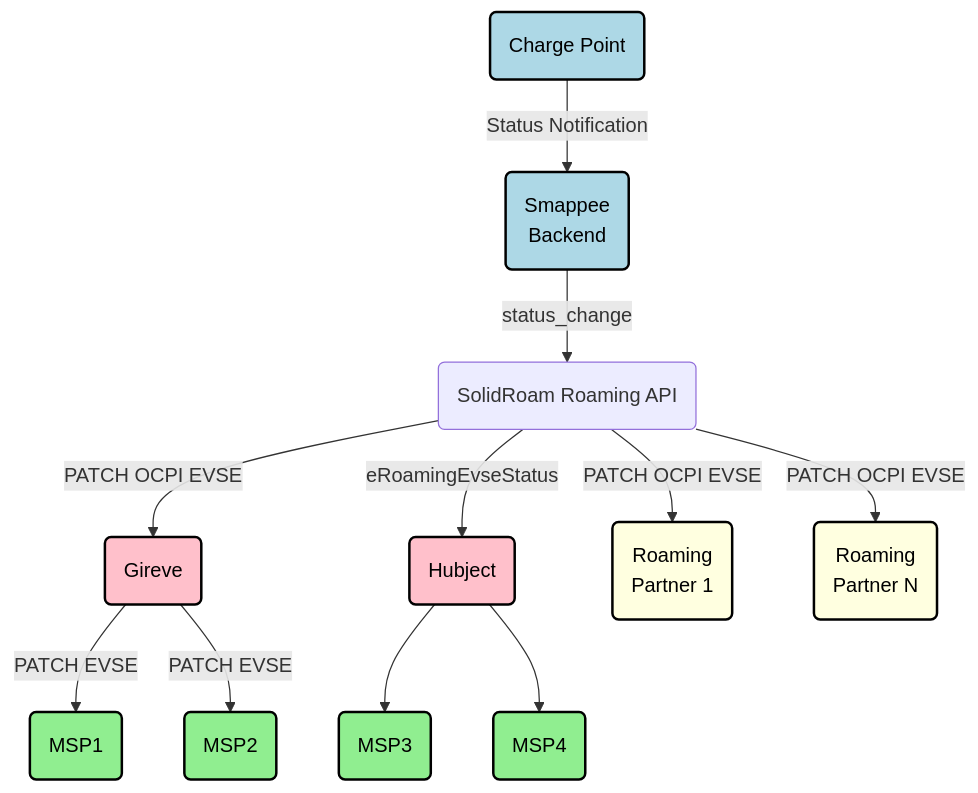
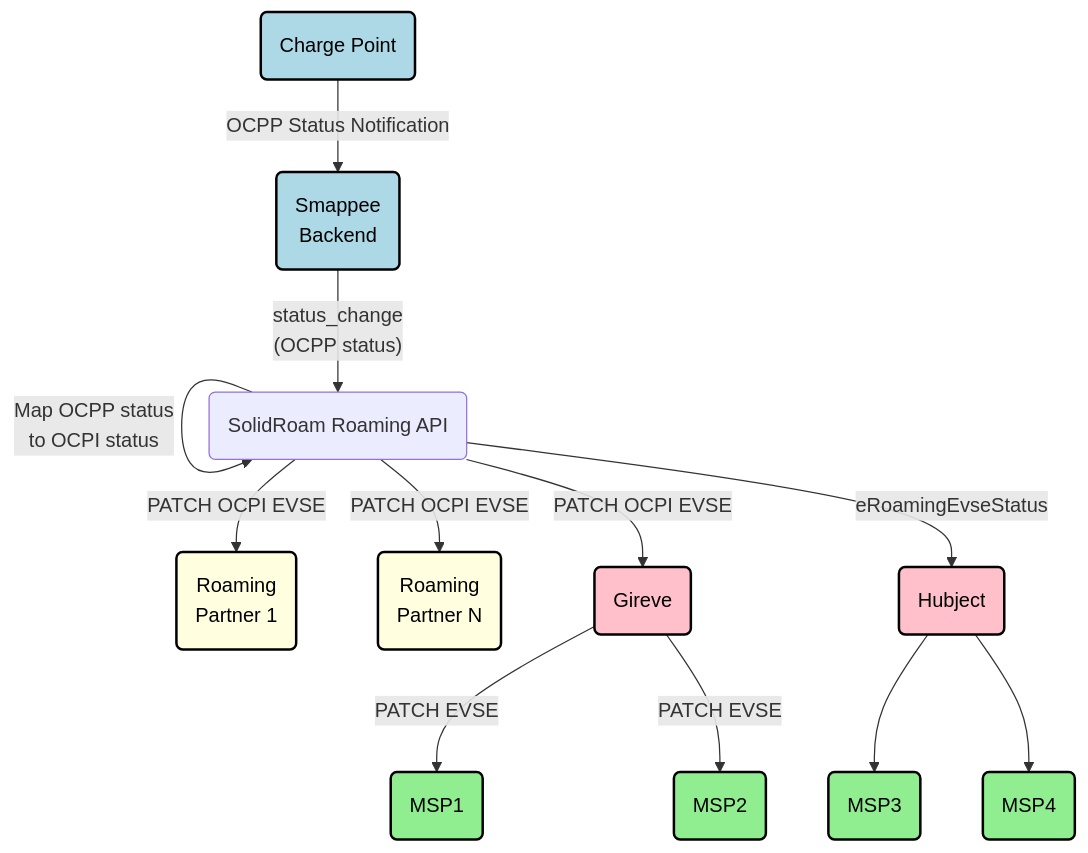
Before and after one commit to erkkiat/ocpi: the diagram in documentation/status-change.md, drawn with Mermaid.

Commit message:
Documentation about charge point status change

````diff
--- a/documentation/status-change.md
+++ b/documentation/status-change.md
@@ -3,24 +3,25 @@
 ```mermaid
 graph TD
-    CP(Charge Point) -->|Status Notification| SM(Smappee<br>Backend)
-    SM -->|status_change| SR(SolidRoam Roaming API)
+    CP(Charge Point) -->|"OCPP Status Notification"| SM(Smappee<br>Backend)
+    SM -->|"status_change<br>(OCPP status)"| SR(SolidRoam Roaming API)
+    SR -->|"Map OCPP status<br/>to OCPI status"| SR
     SR -->|PATCH OCPI EVSE| D(Gireve)
     SR -->|eRoamingEvseStatus| H(Hubject)
     SR -->|PATCH OCPI EVSE| P(Roaming<br/>Partner 1)
     SR -->|PATCH OCPI EVSE| Q(Roaming<br/>Partner N)
     D -->|PATCH EVSE| E(MSP1)
     D -->|PATCH EVSE| F(MSP2)
     H --> G(MSP3)
     H --> I(MSP4)
 
     style CP fill:lightblue,stroke:black,stroke-width:2px,color:black
     style SM fill:lightblue,stroke:black,stroke-width:2px,color:black
     style D fill:pink,stroke:black,stroke-width:2px,color:black
     style E fill:lightgreen,stroke:black,stroke-width:2px,color:black
     style G fill:lightgreen,stroke:black,stroke-width:2px,color:black
     style I fill:lightgreen,stroke:black,stroke-width:2px,color:black
     style F fill:lightgreen,stroke:black,stroke-width:2px,color:black
     style H fill:pink,stroke:black,stroke-width:2px,color:black
     style P fill:lightyellow,stroke:black,stroke-width:2px,color:black
     style Q fill:lightyellow,stroke:black,stroke-width:2px,color:black
 ```
````
